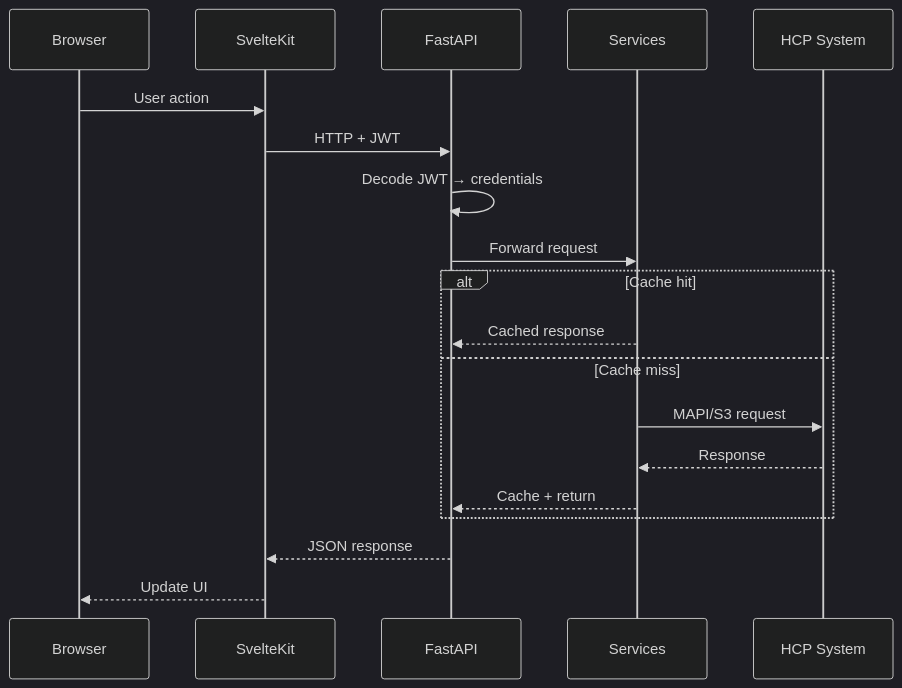
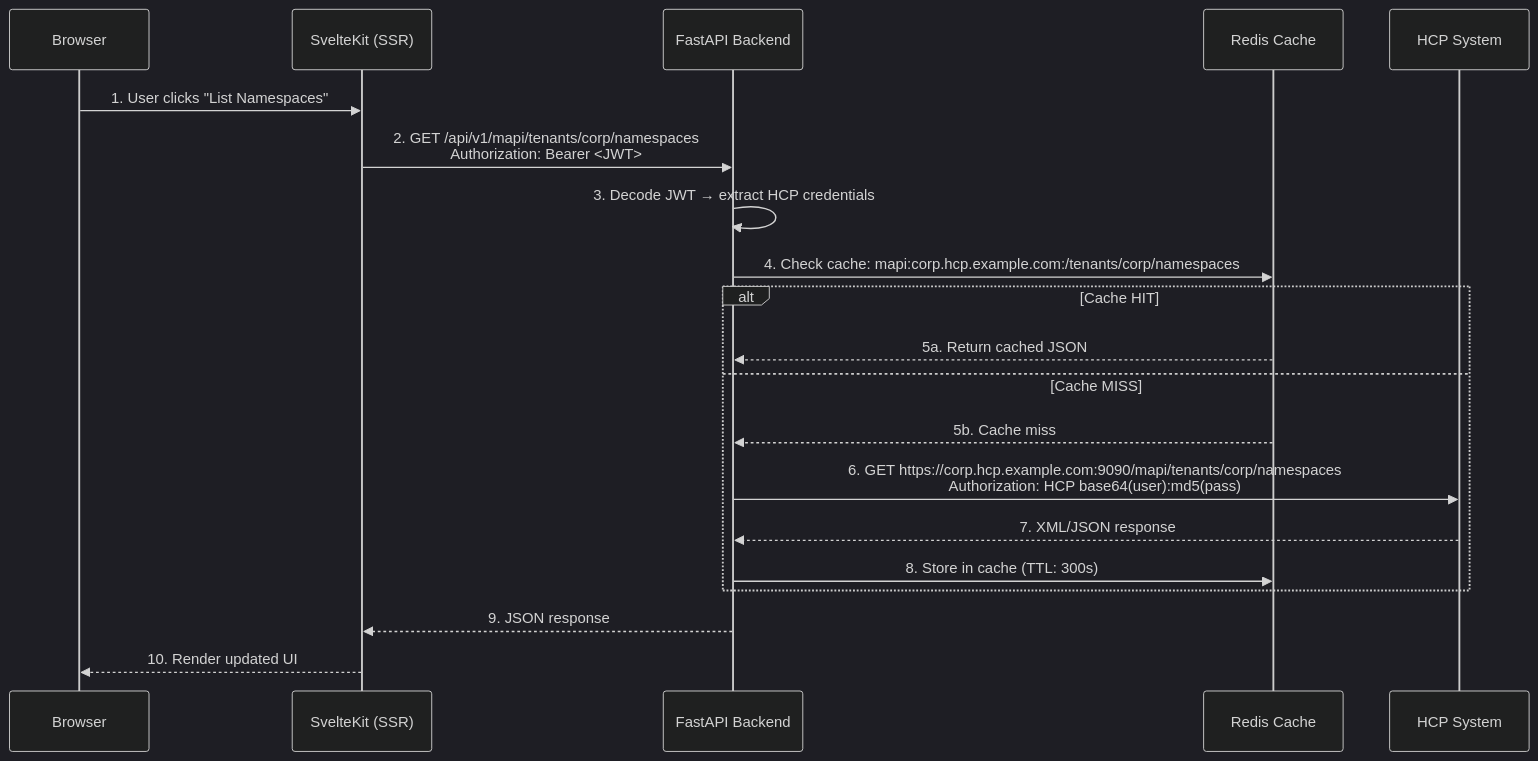
One commit to AI-Riksarkivet/ra-hcp changed the second of 9 diagrams in docs/architecture/index.md. Above: the diagram before and after it, drawn with Mermaid (dark theme). The commit also changed other lines of this file and 1 other file, not shown here.

First line of the commit message:
docs: improve architecture docs with caching, scaling, security, and environment isolation

````diff
--- a/docs/architecture/index.md
+++ b/docs/architecture/index.md
@@ -33,24 +50,25 @@
 ```mermaid
 sequenceDiagram
     participant B as Browser
-    participant F as SvelteKit
-    participant A as FastAPI
-    participant S as Services
+    participant F as SvelteKit (SSR)
+    participant A as FastAPI Backend
+    participant C as Redis Cache
     participant H as HCP System
 
-    B->>F: User action
-    F->>A: HTTP + JWT
-    A->>A: Decode JWT → credentials
-    A->>S: Forward request
+    B->>F: 1. User clicks "List Namespaces"
+    F->>A: 2. GET /api/v1/mapi/tenants/corp/namespaces<br/>Authorization: Bearer <JWT>
+    A->>A: 3. Decode JWT → extract HCP credentials
+    A->>C: 4. Check cache: mapi:corp.hcp.example.com:/tenants/corp/namespaces
 
-    alt Cache hit
-        S-->>A: Cached response
-    else Cache miss
-        S->>H: MAPI/S3 request
-        H-->>S: Response
-        S-->>A: Cache + return
+    alt Cache HIT
+        C-->>A: 5a. Return cached JSON
+    else Cache MISS
+        C-->>A: 5b. Cache miss
+        A->>H: 6. GET https://corp.hcp.example.com:9090/mapi/tenants/corp/namespaces<br/>Authorization: HCP base64(user):md5(pass)
+        H-->>A: 7. XML/JSON response
+        A->>C: 8. Store in cache (TTL: 300s)
     end
 
-    A-->>F: JSON response
-    F-->>B: Update UI
+    A-->>F: 9. JSON response
+    F-->>B: 10. Render updated UI
 ```
````
